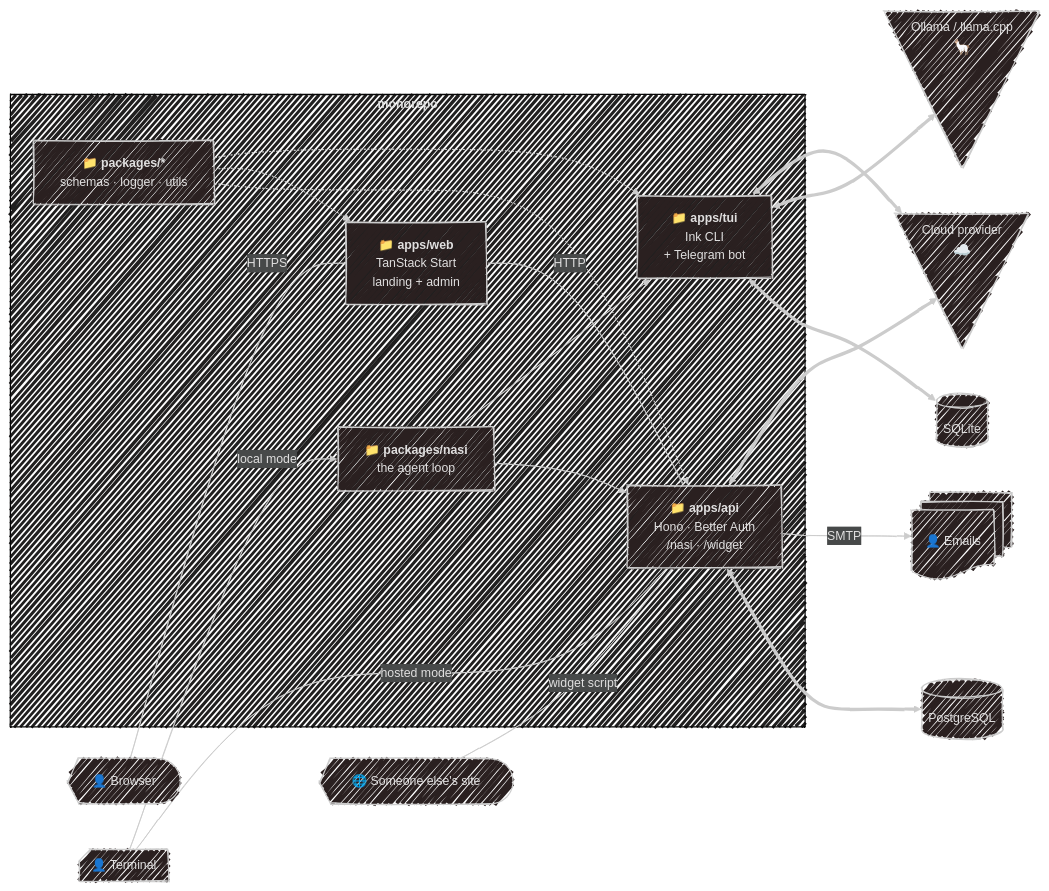
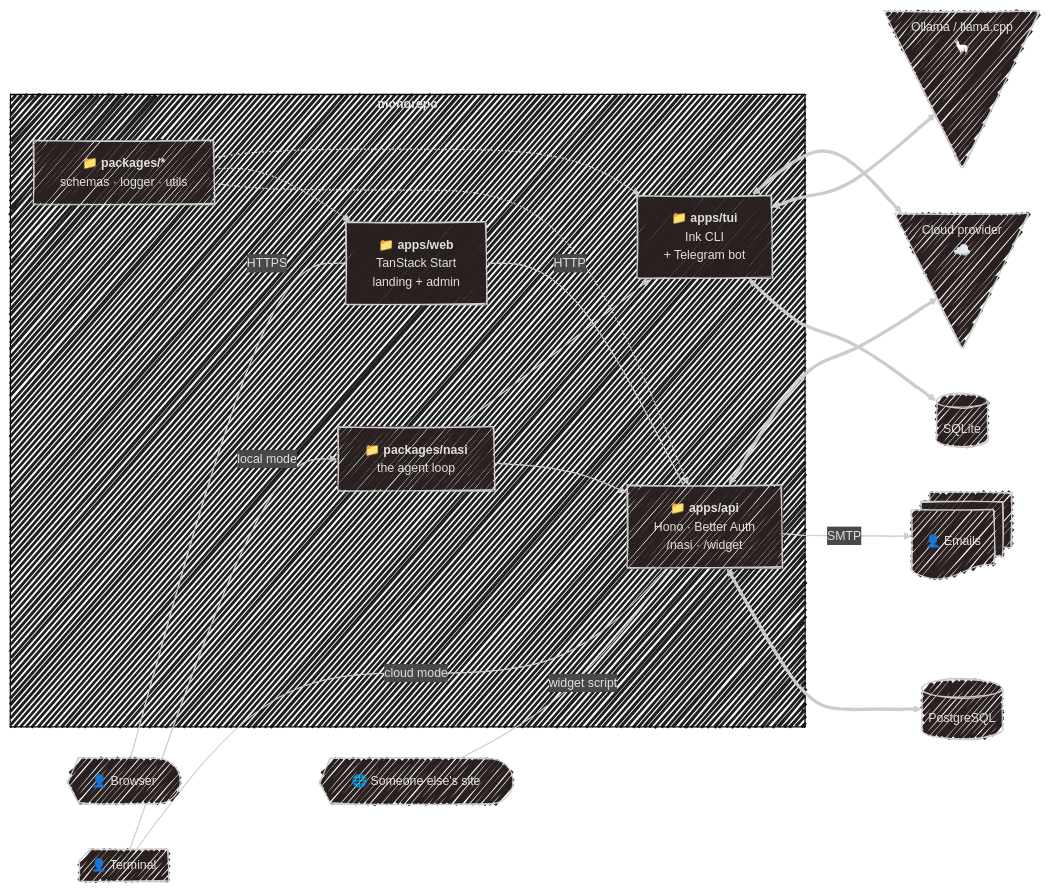
Before and after one commit to SubZtep/kaja: the diagram in docs/development/vision.md, drawn with Mermaid. The commit also changed other lines of this file and 74 other files, not shown here.

````diff
--- a/docs/development/vision.md
+++ b/docs/development/vision.md
@@ -12,43 +12,43 @@
 ```mermaid
 ---
 config:
   look: handDrawn
   theme: neo-dark
 ---
 flowchart LR
   U@{ shape: curv-trap, label: "👤 Browser" }
   UT@{ shape: notch-rect, label: "👤 Terminal" }
   UG@{ shape: curv-trap, label: "🌐 Someone else's site" }
   L@{ shape: manual-file, label: "Ollama / llama.cpp<br><big>🦙</big>" }
   C@{ shape: manual-file, label: "Cloud provider<br><big>☁️</big>" }
 
   D[(PostgreSQL)]
   S[(SQLite)]
   E@{ shape: docs, label: "👤 Emails"}
 
   subgraph MR["`**monorepo**`"]
     A["📁 <b>apps/api</b><br/>Hono · Better Auth<br/>/nasi · /widget"]
     W["📁 <b>apps/web</b><br/>TanStack Start<br/>landing + admin"]
     T["📁 <b>apps/tui</b><br/>Ink CLI<br/>+ Telegram bot"]
     N["📁 <b>packages/nasi</b><br/>the agent loop"]
     P["📁 <b>packages/*</b><br/>schemas · logger · utils"]
   end
 
   P -.-> A
   P -.-> W
   P -.-> T
   N --> A
   N --> T
 
   U -- HTTPS --- W
   UG -- "widget script" --- A
-  UT -- "hosted mode" --- A
+  UT -- "cloud mode" --- A
   UT -- "local mode" --> N
   W -- HTTP --- A
   A <==> D
   T <==> S
   A -- SMTP --> E
   T <==> L
   T <==> C
   A <==> C
 ```
````
